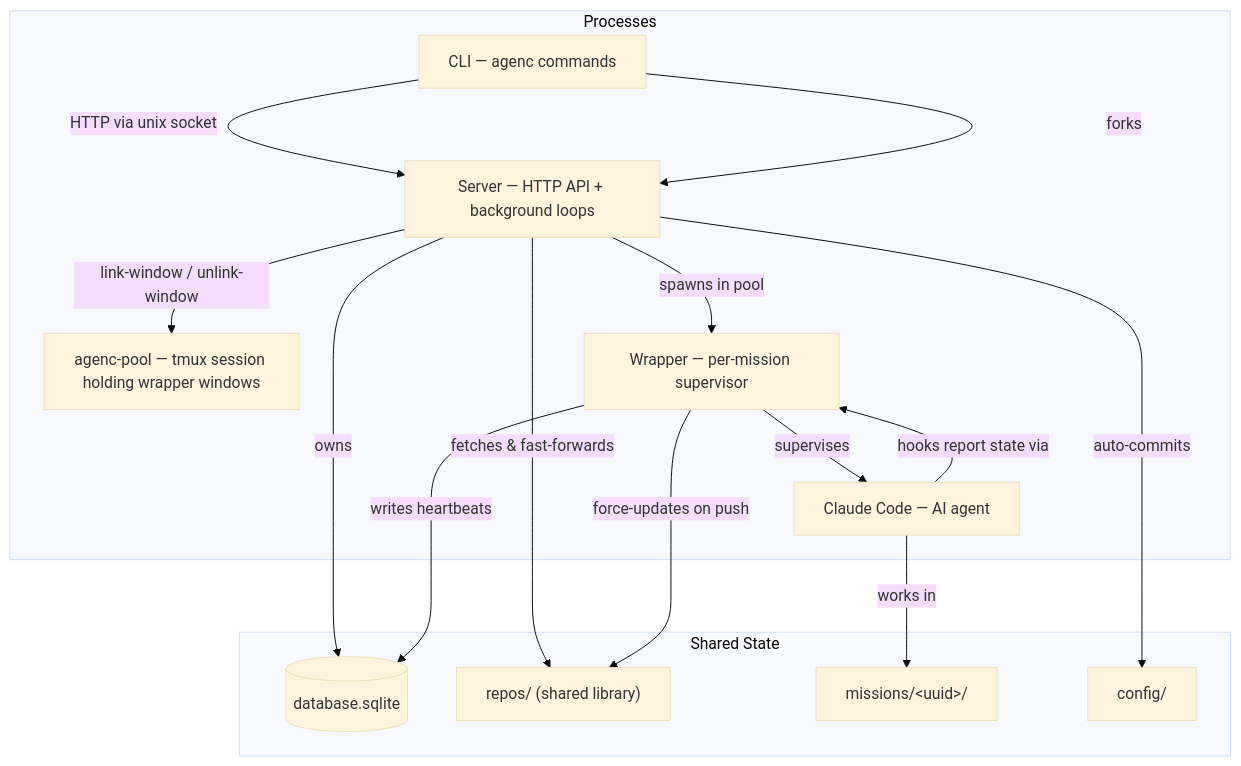
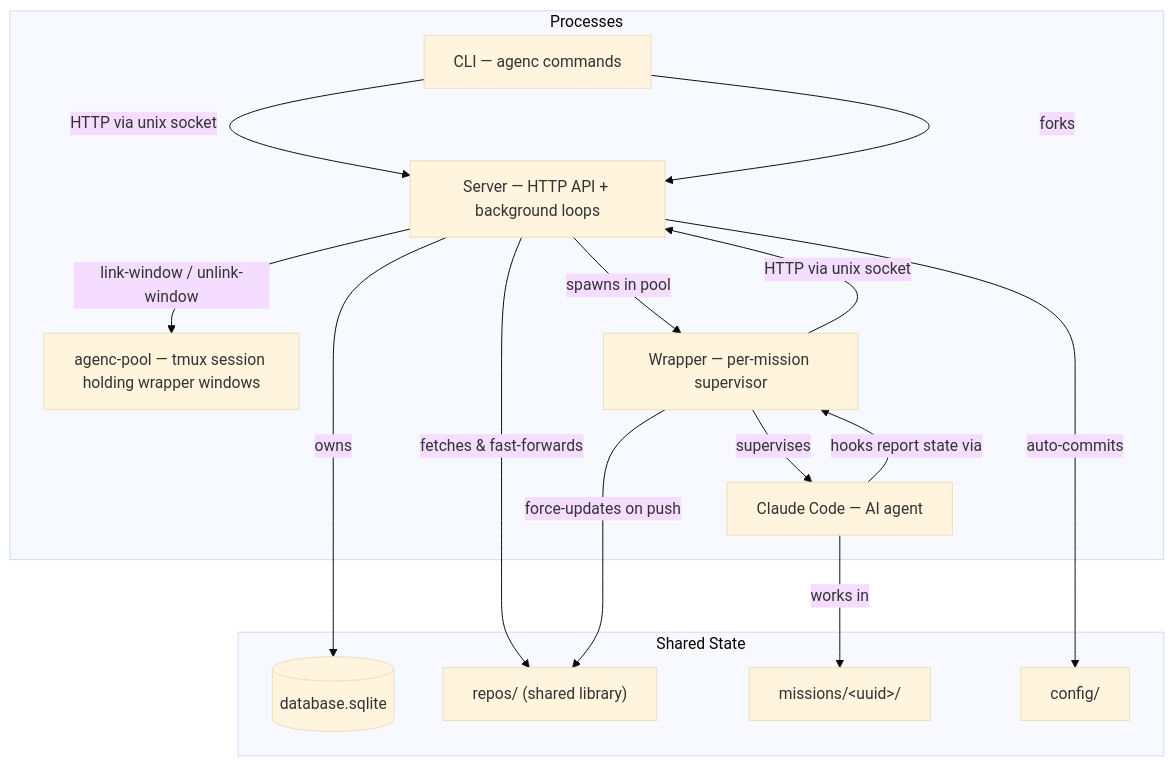
One commit to mieubrisse/agenc changed the diagram in docs/system-architecture.md. Above: the diagram before and after it, drawn with Mermaid (base theme). The commit also changed other lines of this file, not shown here.

Commit message:
Update system architecture doc for server-exclusive database access

````diff
--- a/docs/system-architecture.md
+++ b/docs/system-architecture.md
@@ -14,34 +14,34 @@
 ```mermaid
 graph TB
     subgraph Processes
         CLI["CLI — agenc commands"]
         Server["Server — HTTP API + background loops"]
         Pool["agenc-pool — tmux session holding wrapper windows"]
         Wrapper["Wrapper — per-mission supervisor"]
         Claude["Claude Code — AI agent"]
     end
 
     subgraph "Shared State"
         DB[("database.sqlite")]
         Repos["repos/ (shared library)"]
         Missions["missions/&lt;uuid&gt;/"]
         Config["config/"]
     end
 
     CLI -->|HTTP via unix socket| Server
     CLI -->|forks| Server
     Server -->|spawns in pool| Wrapper
     Server -->|link-window / unlink-window| Pool
     Wrapper -->|supervises| Claude
+    Wrapper -->|HTTP via unix socket| Server
 
     Server -->|owns| DB
-    Wrapper -->|writes heartbeats| DB
 
     Server -->|fetches & fast-forwards| Repos
     Wrapper -->|force-updates on push| Repos
 
     Claude -->|works in| Missions
     Claude -->|hooks report state via| Wrapper
 
     Server -->|auto-commits| Config
 ```
````
